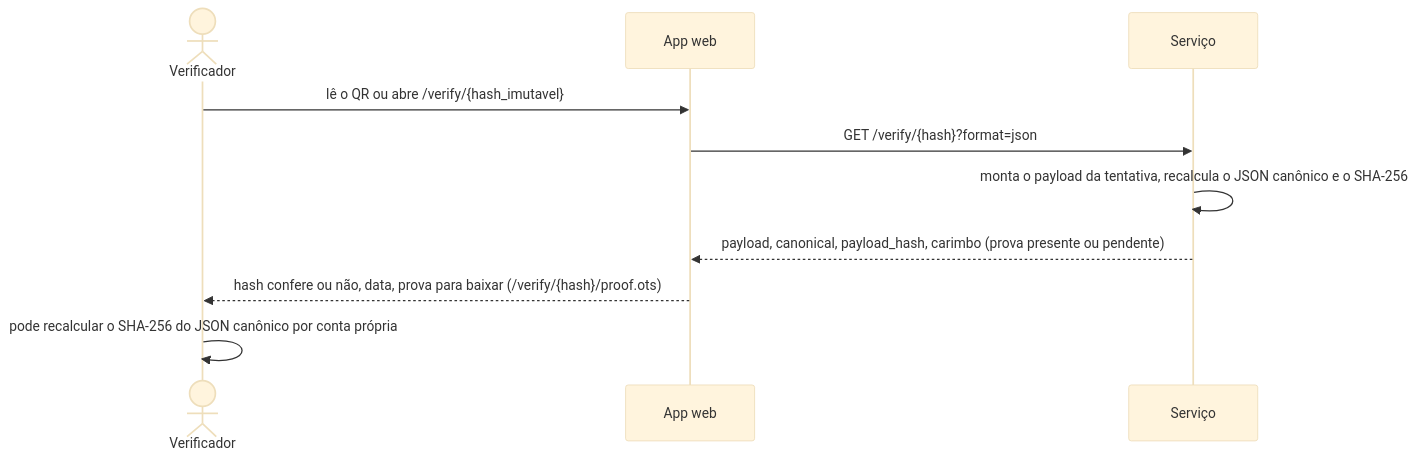
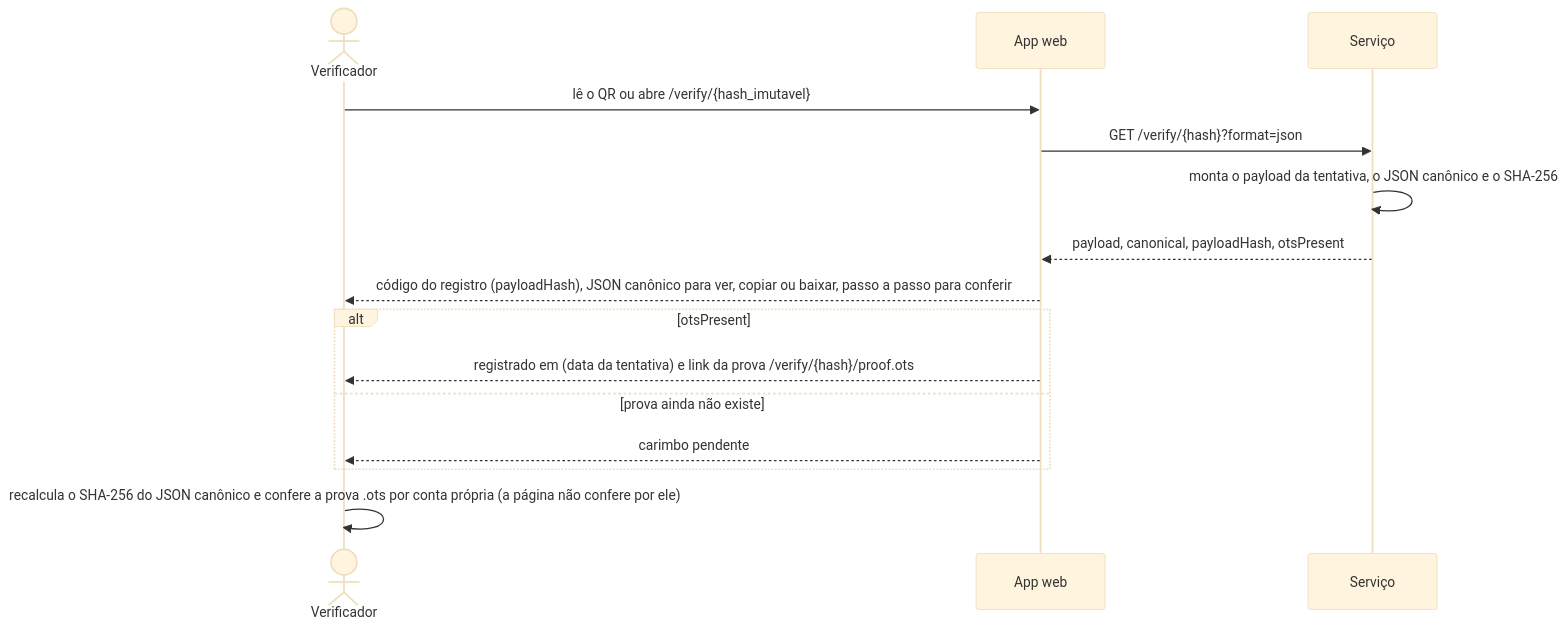
One commit to deegalabs/leia changed the eighth of 10 diagrams in apps/web/content/docs/USE-CASES.md. Above: the diagram before and after it, drawn with Mermaid (base theme). The commit also changed other lines of this file and 4 other files, not shown here.

````diff
--- a/apps/web/content/docs/USE-CASES.md
+++ b/apps/web/content/docs/USE-CASES.md
@@ -221,12 +232,17 @@
 ```mermaid
 sequenceDiagram
   actor V as Verificador
   participant W as App web
   participant S as Serviço
   V->>W: lê o QR ou abre /verify/{hash_imutavel}
   W->>S: GET /verify/{hash}?format=json
-  S->>S: monta o payload da tentativa, recalcula o JSON canônico e o SHA-256
-  S-->>W: payload, canonical, payload_hash, carimbo (prova presente ou pendente)
-  W-->>V: hash confere ou não, data, prova para baixar (/verify/{hash}/proof.ots)
-  V->>V: pode recalcular o SHA-256 do JSON canônico por conta própria
+  S->>S: monta o payload da tentativa, o JSON canônico e o SHA-256
+  S-->>W: payload, canonical, payloadHash, otsPresent
+  W-->>V: código do registro (payloadHash), JSON canônico para ver, copiar ou baixar, passo a passo para conferir
+  alt otsPresent
+    W-->>V: registrado em (data da tentativa) e link da prova /verify/{hash}/proof.ots
+  else prova ainda não existe
+    W-->>V: carimbo pendente
+  end
+  V->>V: recalcula o SHA-256 do JSON canônico e confere a prova .ots por conta própria (a página não confere por ele)
 ```
````
